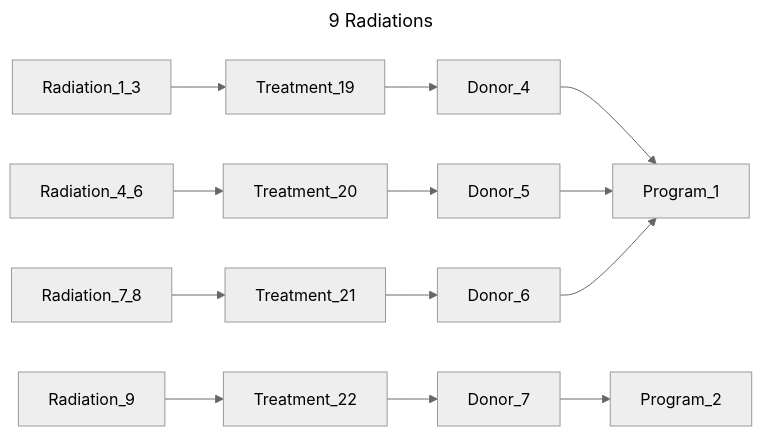
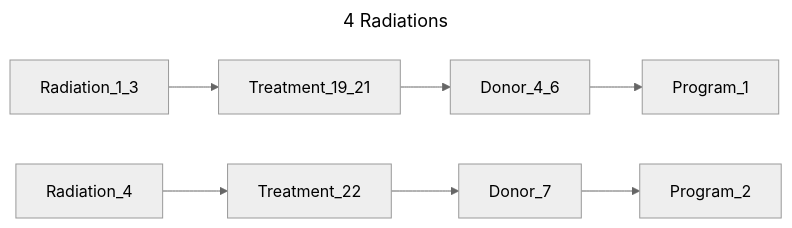
Before and after one commit to bento-platform/katsu: the ninth of 14 diagrams in chord_metadata_service/mohpackets/data/small_dataset/README.md, drawn with Mermaid (neutral theme). The commit also changed other lines of this file, not shown here.

````diff
--- a/chord_metadata_service/mohpackets/data/small_dataset/README.md
+++ b/chord_metadata_service/mohpackets/data/small_dataset/README.md
@@ -133,10 +133,8 @@
 ```mermaid
 ---
-title: 9 Radiations
+title: 4 Radiations
 ---
 graph LR;  
-  Radiation_1_3 --> Treatment_19 --> Donor_4 --> Program_1;  
-  Radiation_4_6 --> Treatment_20 --> Donor_5 --> Program_1; 
-  Radiation_7_8 --> Treatment_21 --> Donor_6 --> Program_1; 
-  Radiation_9 --> Treatment_22 --> Donor_7 --> Program_2; 
+  Radiation_1_3 --> Treatment_19_21 --> Donor_4_6 --> Program_1;  
+  Radiation_4 --> Treatment_22 --> Donor_7 --> Program_2; 
 ```
````
